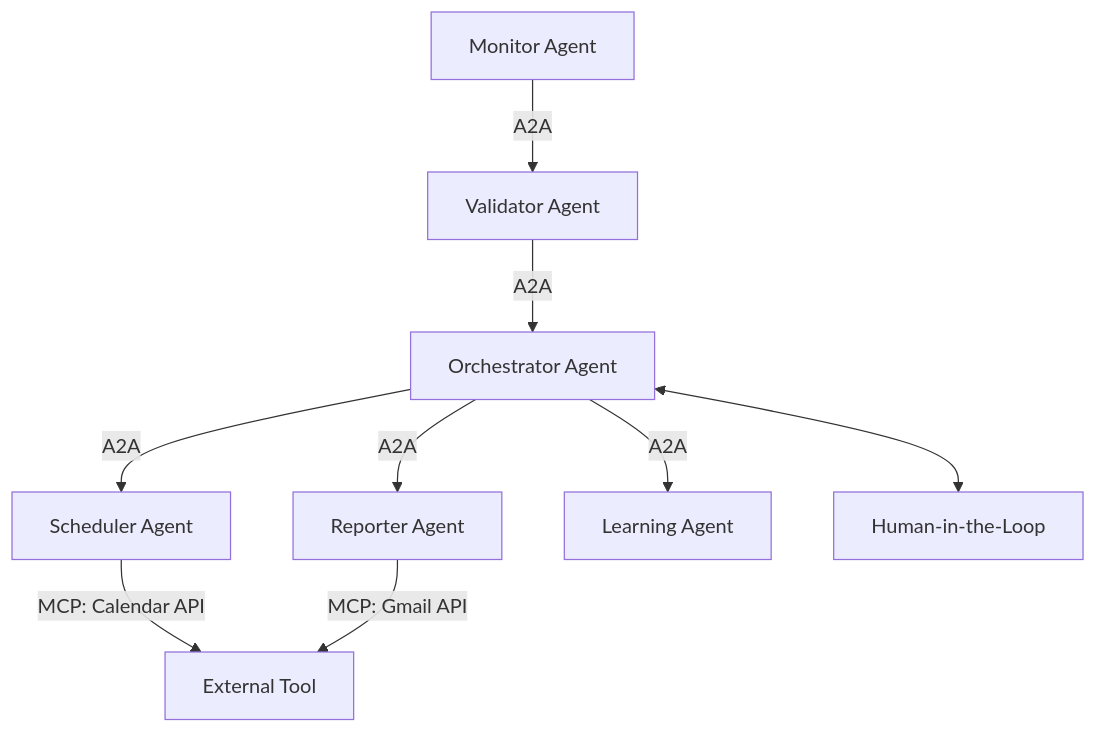
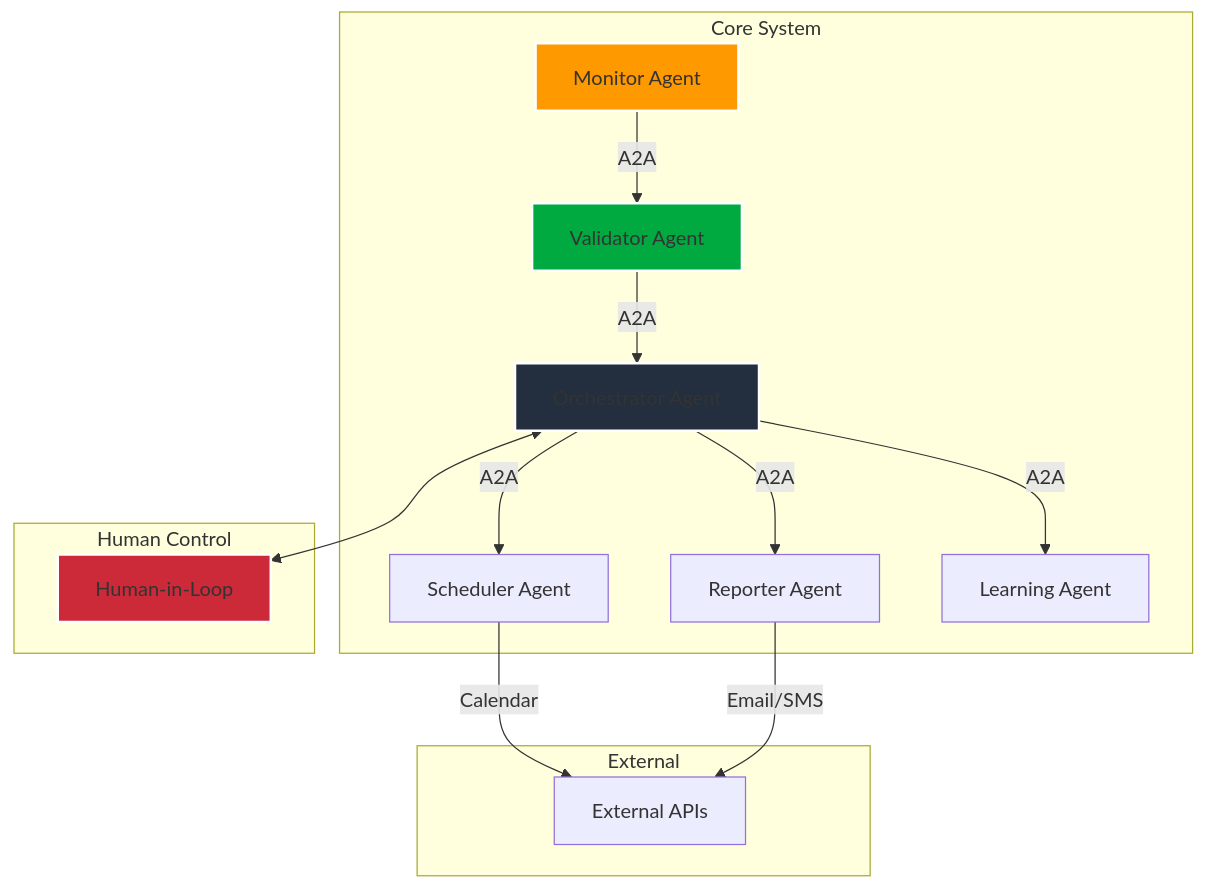
The sixth of 7 diagrams in system_documentation_and_architecture.md (YanCotta/enterprise_challenge_sprint_1_hermes_reply), drawn with Mermaid before and after one commit. The commit also changed other lines of this file and 2 other files, not shown here.

Commit message:
Refactor README.md and system documentation for improved structure and clarity; remove corrupted logo file.

````diff
--- a/system_documentation_and_architecture.md
+++ b/system_documentation_and_architecture.md
@@ -168,11 +484,27 @@
 ```mermaid
 graph TD
-    A[Monitor Agent] -->|A2A| B[Validator Agent]
-    B -->|A2A| C[Orchestrator Agent]
-    C -->|A2A| D[Scheduler Agent]
-    C -->|A2A| E[Reporter Agent]
-    C -->|A2A| F[Learning Agent]
-    C <--> G[Human-in-the-Loop]
-    D -->|MCP: Calendar API| H[External Tool]
-    E -->|MCP: Gmail API| H
+    subgraph "Core System"
+        A[Monitor Agent] -->|A2A| B[Validator Agent]
+        B -->|A2A| C[Orchestrator Agent]
+        C -->|A2A| D[Scheduler Agent]
+        C -->|A2A| E[Reporter Agent]
+        C -->|A2A| F[Learning Agent]
+    end
+    
+    subgraph "External"
+        H[External APIs]
+    end
+    
+    subgraph "Human Control"
+        G[Human-in-Loop]
+    end
+    
+    C <--> G
+    D -->|Calendar| H
+    E -->|Email/SMS| H
+    
+    style A fill:#ff9900,stroke:#fff,stroke-width:2px
+    style B fill:#00aa41,stroke:#fff,stroke-width:2px
+    style C fill:#232f3e,stroke:#fff,stroke-width:2px
+    style G fill:#cc2939,stroke:#fff,stroke-width:2px
 ```
````
